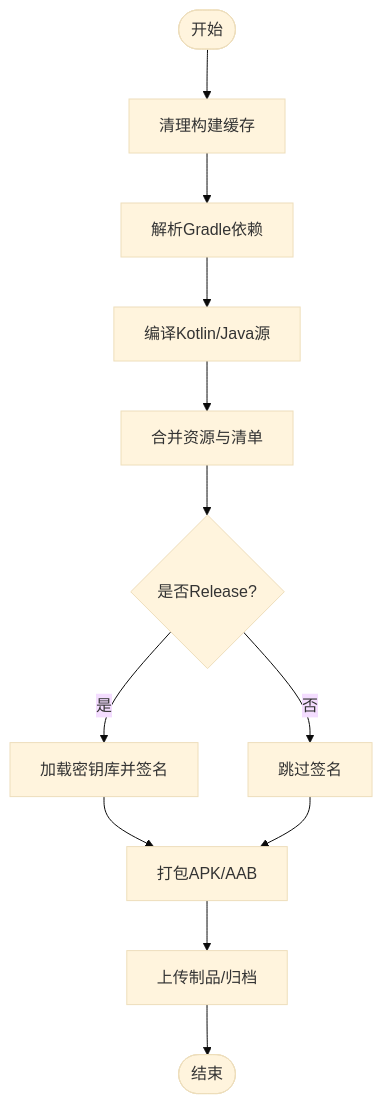
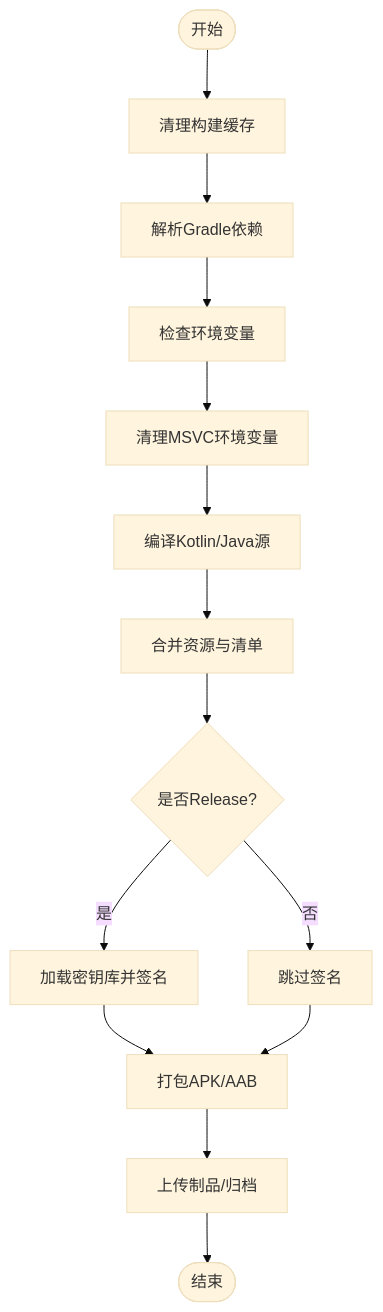
One commit to ZhangGHGitHub/LegadoTeamFlutter changed the third of 16 diagrams in .qoder/repowiki/zh/content/构建和部署/构建和部署.md. Above: the diagram before and after it, drawn with Mermaid (base theme). The commit also changed other lines of this file and 173 other files, not shown here.

````diff
--- a/.qoder/repowiki/zh/content/构建和部署/构建和部署.md
+++ b/.qoder/repowiki/zh/content/构建和部署/构建和部署.md
@@ -221,14 +304,16 @@
 ```mermaid
 flowchart TD
 Start(["开始"]) --> Clean["清理构建缓存"]
 Clean --> Deps["解析Gradle依赖"]
-Deps --> Compile["编译Kotlin/Java源"]
+Deps --> EnvCheck["检查环境变量"]
+EnvCheck --> EnvClean["清理MSVC环境变量"]
+EnvClean --> Compile["编译Kotlin/Java源"]
 Compile --> Resources["合并资源与清单"]
 Resources --> Sign{"是否Release?"}
 Sign --> |是| Keystore["加载密钥库并签名"]
 Sign --> |否| SkipSign["跳过签名"]
 Keystore --> Package["打包APK/AAB"]
 SkipSign --> Package
 Package --> Upload["上传制品/归档"]
 Upload --> End(["结束"])
 ```
````
